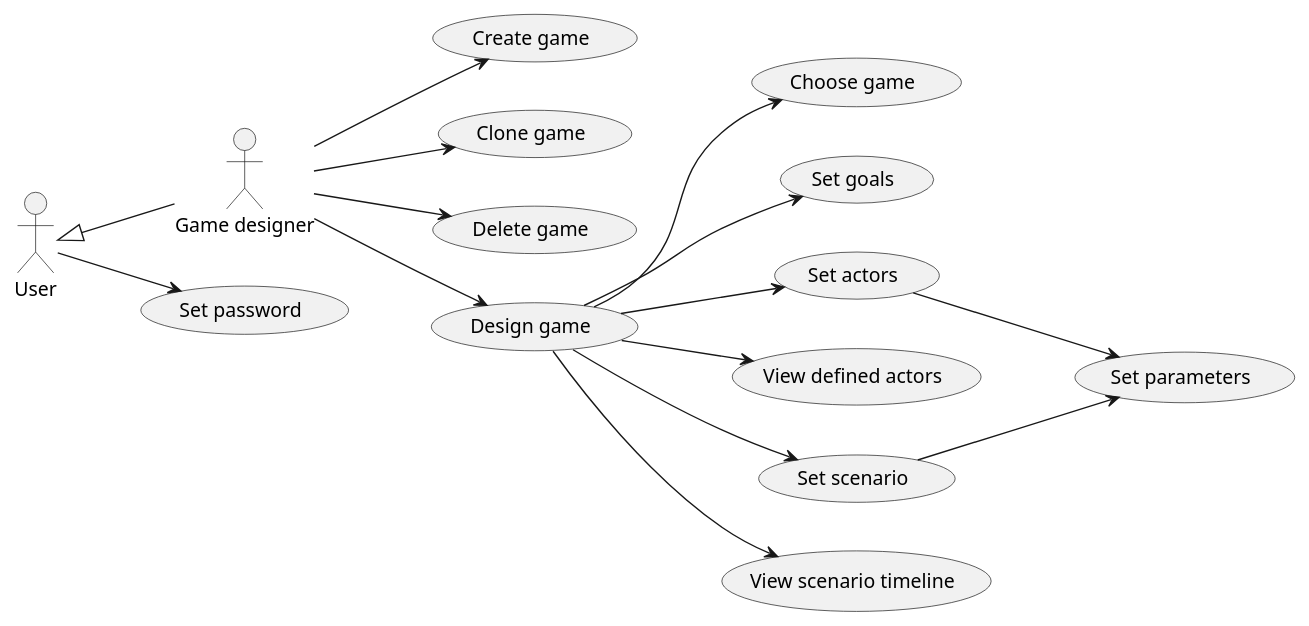
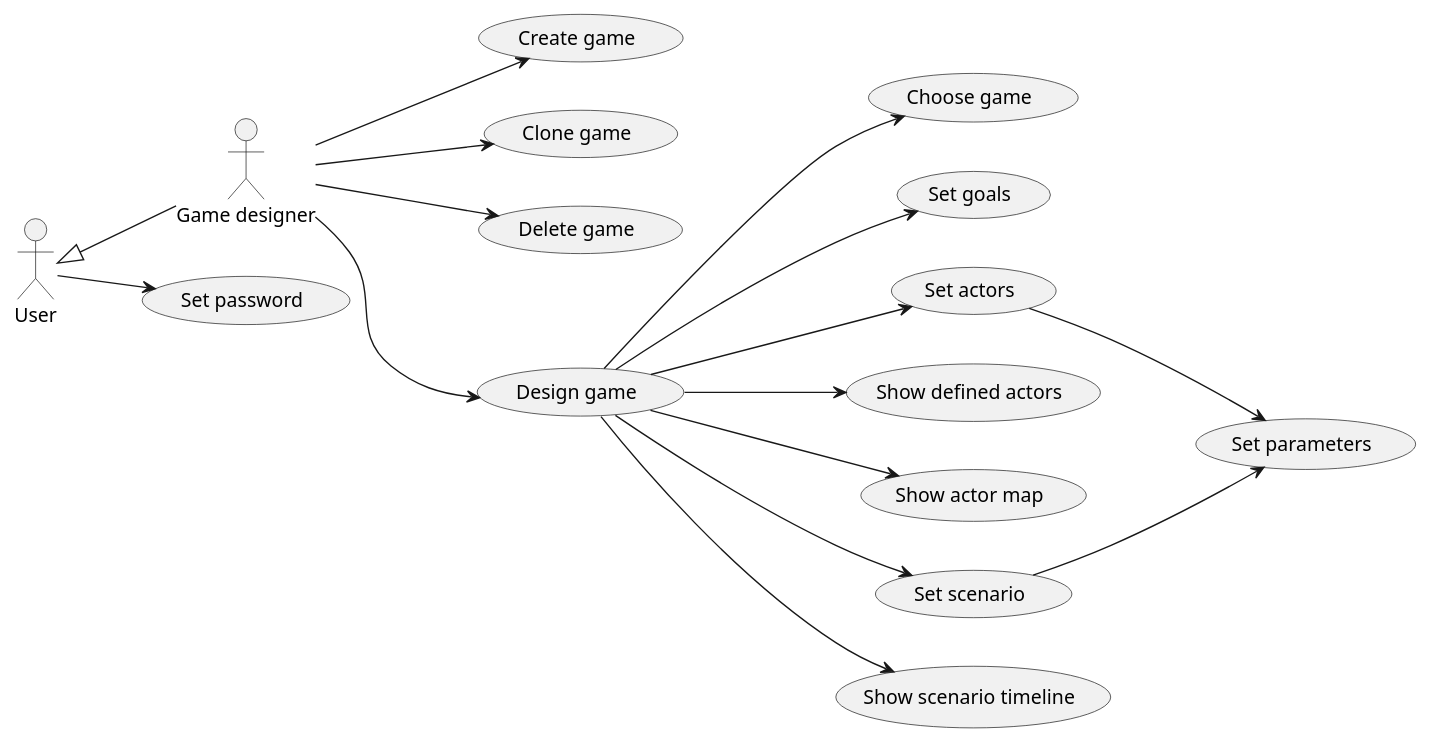
The diagram in doc/1-use-cases/diagrams/game-design.puml (averbraeck/gscg-design), drawn with PlantUML before and after one commit. The commit also changed 4 other files, not shown here.

Commit message:
Issue #6. Show the map with actors in several use cases

```diff
--- a/doc/1-use-cases/diagrams/game-design.puml
+++ b/doc/1-use-cases/diagrams/game-design.puml
@@ -1,25 +1,24 @@
 @startuml
 left to right direction
 
 "Game designer" as GD
 User <|-- GD
-
 User --> (Set password)
 
 GD --> (Create game)
 
 GD --> (Clone game)
-
 GD --> (Delete game)
 
-GD --> (Design game)
-(Design game) --> (Choose game)
+GD --> (Design game) : "         \n\n\n\n\n"
+(Design game) --> (Choose game) : "              "
 (Design game) --> (Set goals)
 (Design game) --> (Set actors)
-(Design game) --> (View defined actors)
+(Design game) --> (Show defined actors)
+(Design game) --> (Show actor map)
 (Design game) --> (Set scenario)
-(Design game) --> (View scenario timeline)
+(Design game) --> (Show scenario timeline)
 (Set scenario) --> (Set parameters)
 (Set actors) --> (Set parameters)
 
 @enduml
```
